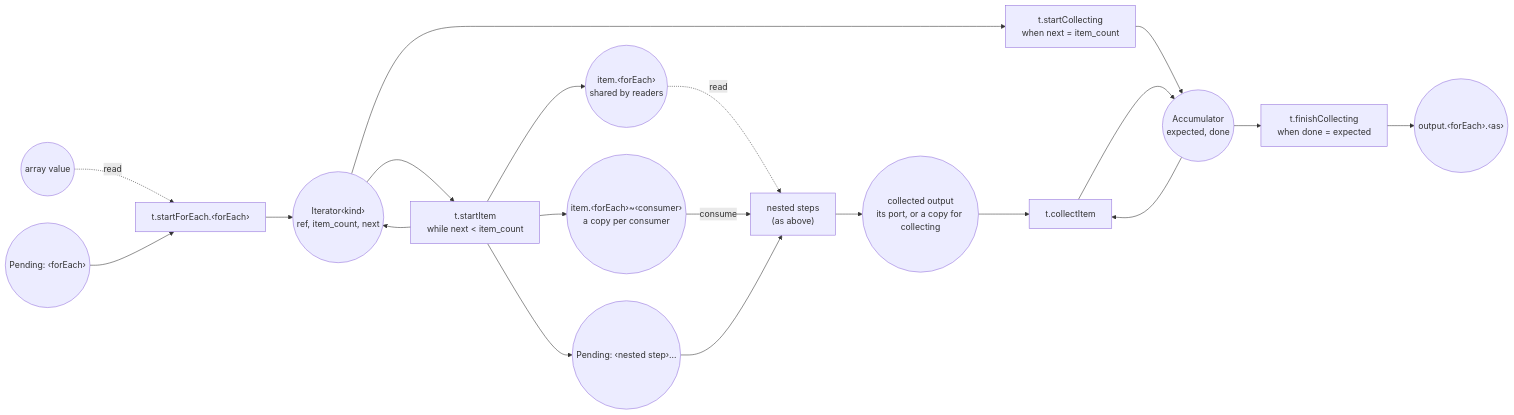
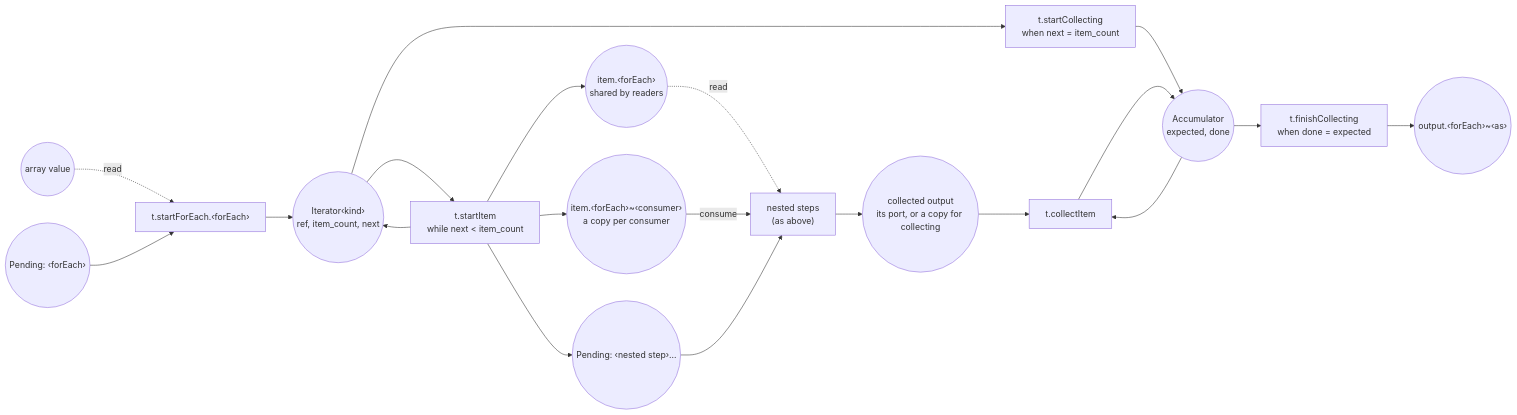
The third of 3 diagrams in libs/@local/flow-petri-net/README.md (hashintel/hash), drawn with Mermaid before and after one commit. The commit also changed other lines of this file and 4 other files, not shown here.

Commit message:
Separate a step id from its output's name with the step run id separator, and name each value's place by its key, so no two outputs share a place or a name

````diff
--- a/libs/@local/flow-petri-net/README.md
+++ b/libs/@local/flow-petri-net/README.md
@@ -88,22 +88,22 @@
 ```mermaid
 flowchart LR
   arrayPlace(("array value")) -. read .-> startForEach["t.startForEach.‹forEach›"]
   forEachPending(("Pending: ‹forEach›")) --> startForEach
   startForEach --> iterator(("Iterator‹kind›<br/>ref, item_count, next"))
   iterator --> startItem["t.startItem<br/>while next #lt; item_count"]
   startItem --> iterator
   startItem --> item(("item.‹forEach›<br/>shared by readers"))
   startItem --> itemCopies(("item.‹forEach›~‹consumer›<br/>a copy per consumer"))
   startItem --> nestedPending(("Pending: ‹nested step›…"))
   iterator --> startCollecting["t.startCollecting<br/>when next = item_count"]
   startCollecting --> accumulator(("Accumulator<br/>expected, done"))
   item -. read .-> nested["nested steps<br/>(as above)"]
   itemCopies -- consume --> nested
   nestedPending --> nested
   nested --> collected(("collected output<br/>its port, or a copy for collecting"))
   collected --> collectItem["t.collectItem"]
   accumulator --> collectItem
   collectItem --> accumulator
   accumulator --> finishCollecting["t.finishCollecting<br/>when done = expected"]
-  finishCollecting --> forEachOutput(("output.‹forEach›.‹as›"))
+  finishCollecting --> forEachOutput(("output.‹forEach›~‹as›"))
 ```
````
